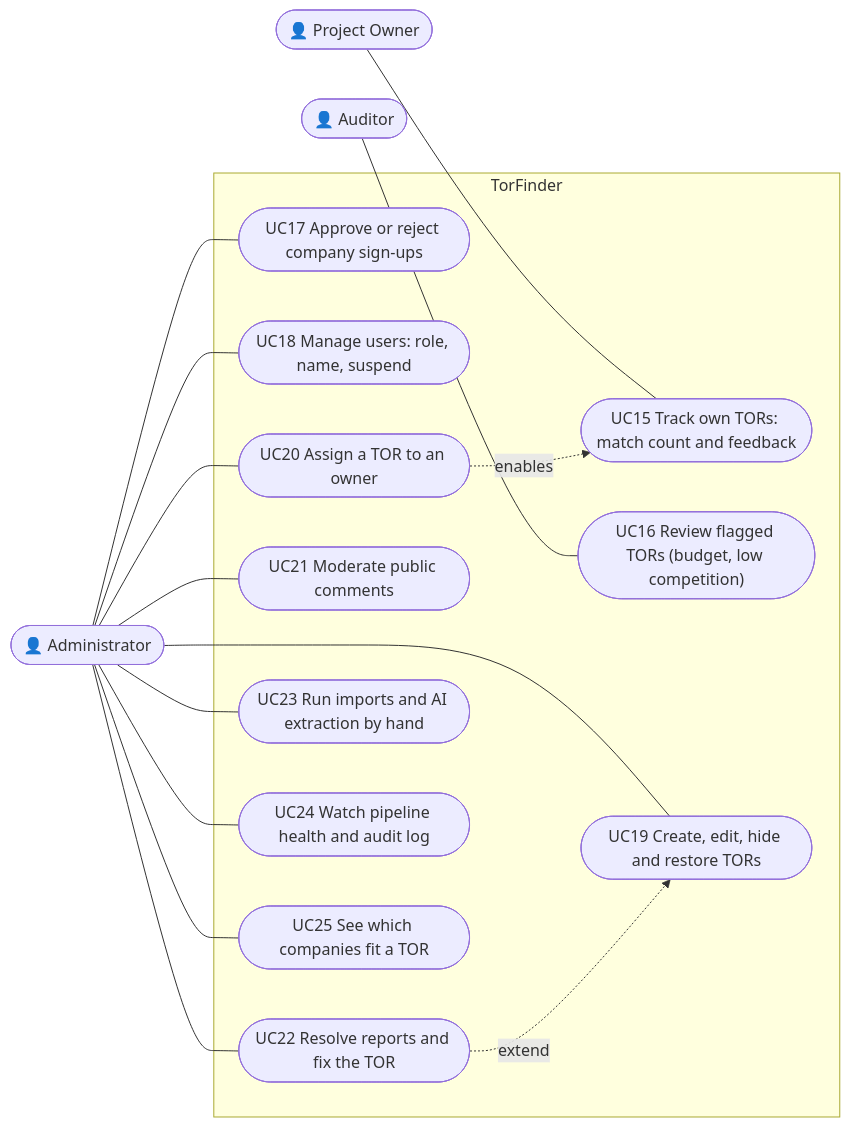
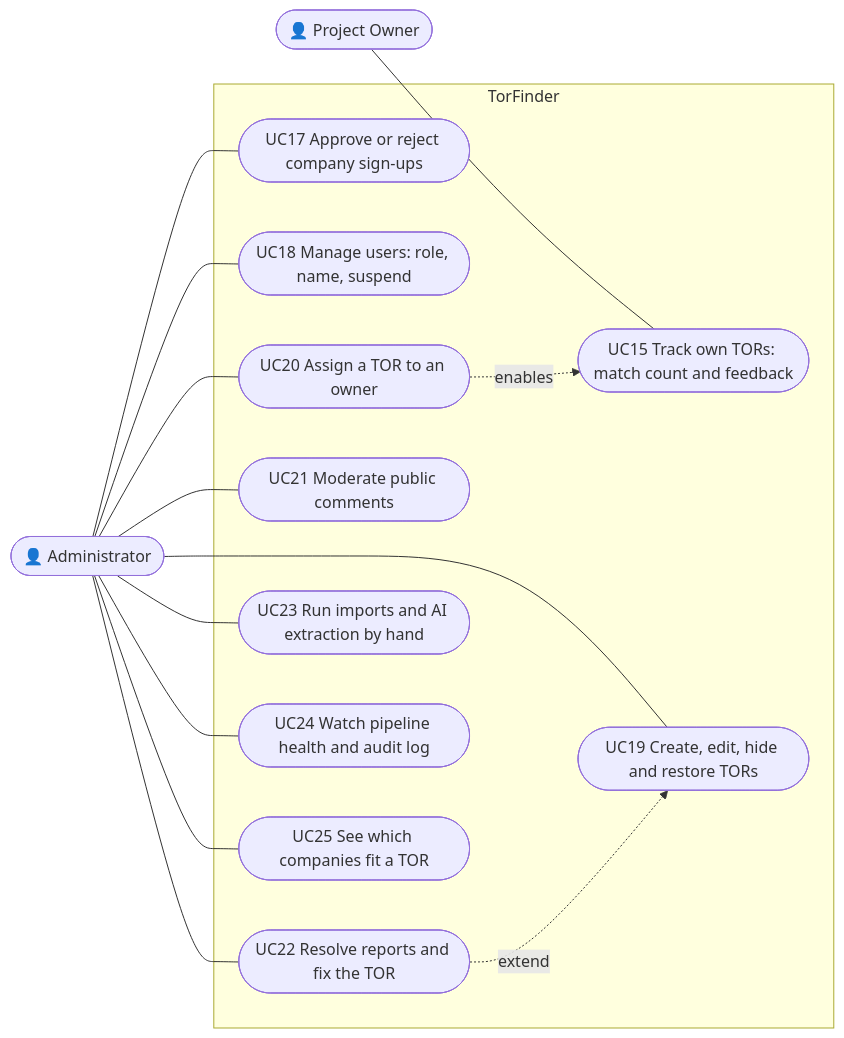
One commit to PhomMaiWai/TorFinder changed the third of 4 diagrams in docs/design/use-case.md. Above: the diagram before and after it, drawn with Mermaid. The commit also changed other lines of this file and 55 other files, not shown here.

First line of the commit message:
refactor: remove the auditor role and its flagged-TOR list

````diff
--- a/docs/design/use-case.md
+++ b/docs/design/use-case.md
@@ -85,26 +82,23 @@
 ```mermaid
 flowchart LR
     Owner(["👤 Project Owner"])
-    Auditor(["👤 Auditor"])
     Admin(["👤 Administrator"])
 
     subgraph TorFinder["TorFinder"]
         UC15(["UC15 Track own TORs: match count and feedback"])
-        UC16(["UC16 Review flagged TORs (budget, low competition)"])
         UC17(["UC17 Approve or reject company sign-ups"])
         UC18(["UC18 Manage users: role, name, suspend"])
         UC19(["UC19 Create, edit, hide and restore TORs"])
         UC20(["UC20 Assign a TOR to an owner"])
         UC21(["UC21 Moderate public comments"])
         UC22(["UC22 Resolve reports and fix the TOR"])
         UC23(["UC23 Run imports and AI extraction by hand"])
         UC24(["UC24 Watch pipeline health and audit log"])
         UC25(["UC25 See which companies fit a TOR"])
     end
 
     Owner --- UC15
-    Auditor --- UC16
     Admin --- UC17 & UC18 & UC19 & UC20 & UC21 & UC22 & UC23 & UC24 & UC25
     UC22 -. extend .-> UC19
     UC20 -. enables .-> UC15
 ```
````
